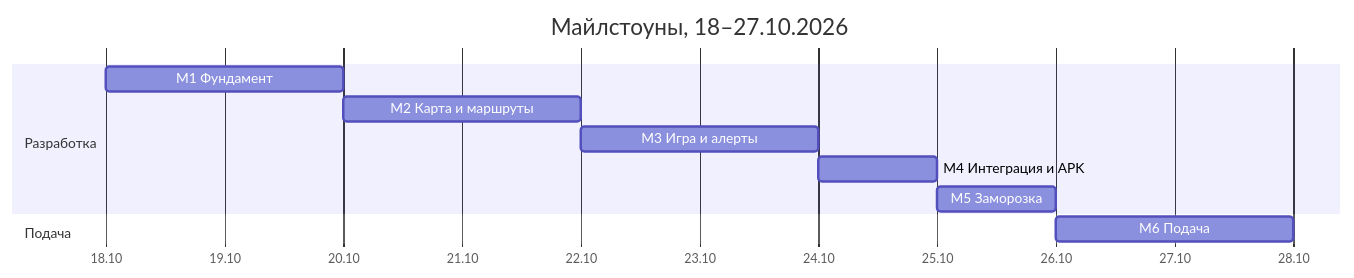
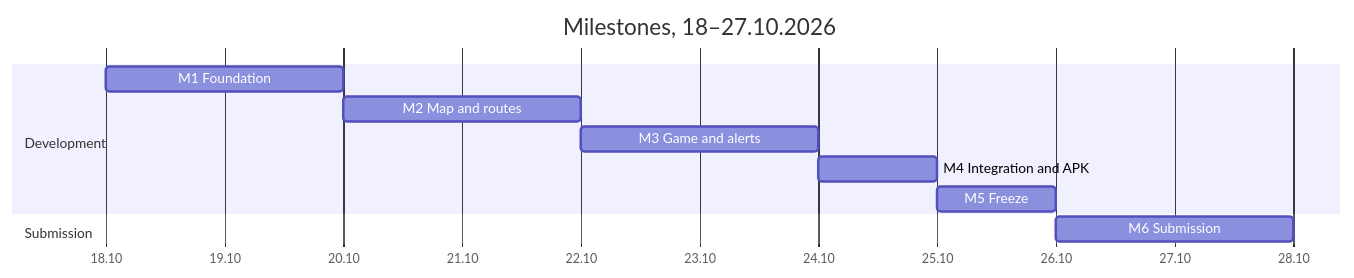
One commit to mikita672/cool-lodz-app changed the diagram in docs/spec.md. Above: the diagram before and after it, drawn with Mermaid. The commit also changed other lines of this file and 57 other files, not shown here.

````diff
--- a/docs/spec.md
+++ b/docs/spec.md
@@ -399,14 +399,14 @@
 ```mermaid
 gantt
-    title Майлстоуны, 18–27.10.2026
+    title Milestones, 18–27.10.2026
     dateFormat YYYY-MM-DD
     axisFormat %d.%m
-    section Разработка
-    M1 Фундамент        :m1, 2026-10-18, 2d
-    M2 Карта и маршруты :m2, after m1, 2d
-    M3 Игра и алерты    :m3, after m2, 2d
-    M4 Интеграция и APK :m4, after m3, 1d
-    M5 Заморозка        :m5, after m4, 1d
-    section Подача
-    M6 Подача           :m6, after m5, 2d
+    section Development
+    M1 Foundation           :m1, 2026-10-18, 2d
+    M2 Map and routes       :m2, after m1, 2d
+    M3 Game and alerts      :m3, after m2, 2d
+    M4 Integration and APK  :m4, after m3, 1d
+    M5 Freeze               :m5, after m4, 1d
+    section Submission
+    M6 Submission           :m6, after m5, 2d
 ```
````
